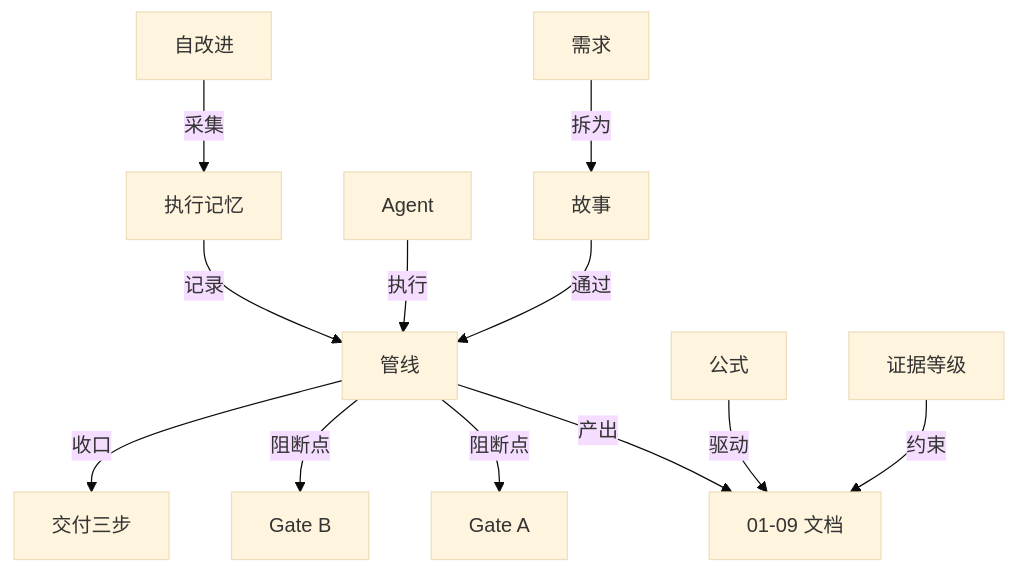
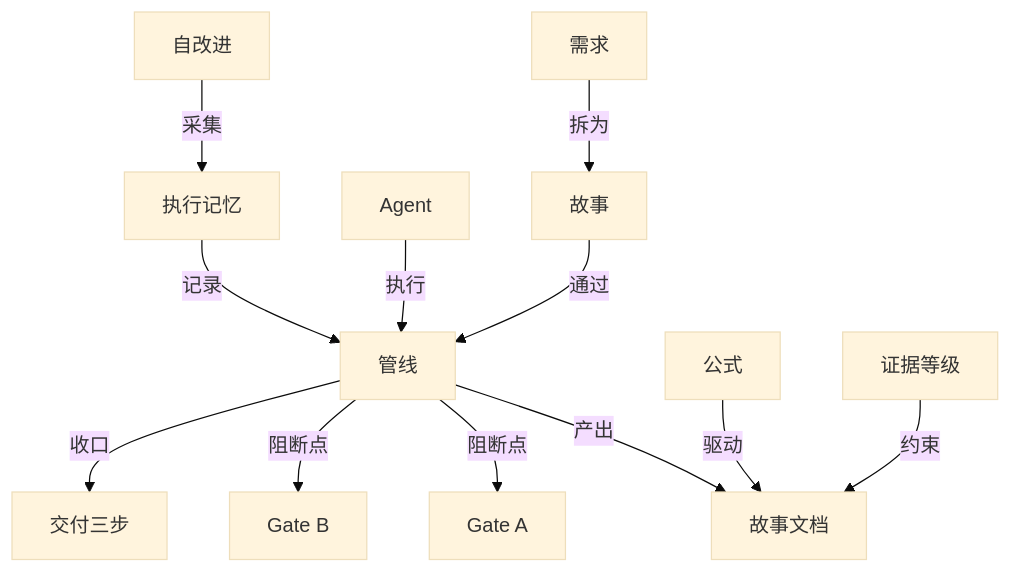
The sixth of 6 diagrams in README.md (effiy/YrY), drawn with Mermaid (base theme) before and after one commit. The commit also changed other lines of this file and 19 other files, not shown here.

````diff
--- a/README.md
+++ b/README.md
@@ -238,14 +238,14 @@
 ```mermaid
 flowchart TD
     REQ[需求] -->|拆为| STORY[故事]
     STORY -->|通过| PIPE[管线]
-    PIPE -->|产出| DOCS[01-09 文档]
+    PIPE -->|产出| DOCS[故事文档]
     AGENT[Agent] -->|执行| PIPE
     FORMULA[公式] -->|驱动| DOCS
     EVIDENCE[证据等级] -->|约束| DOCS
     PIPE -->|阻断点| GA[Gate A]
     PIPE -->|阻断点| GB[Gate B]
     PIPE -->|收口| TRIAD[交付三步]
     SI[自改进] -->|采集| MEM[执行记忆]
     MEM -->|记录| PIPE
 ```
````
